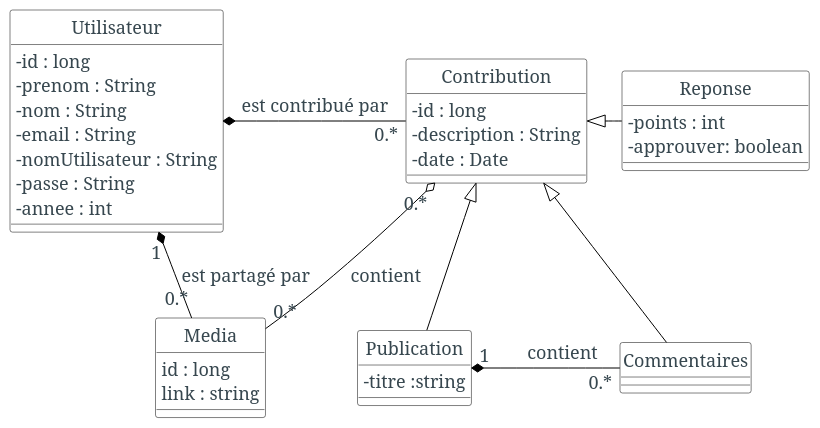
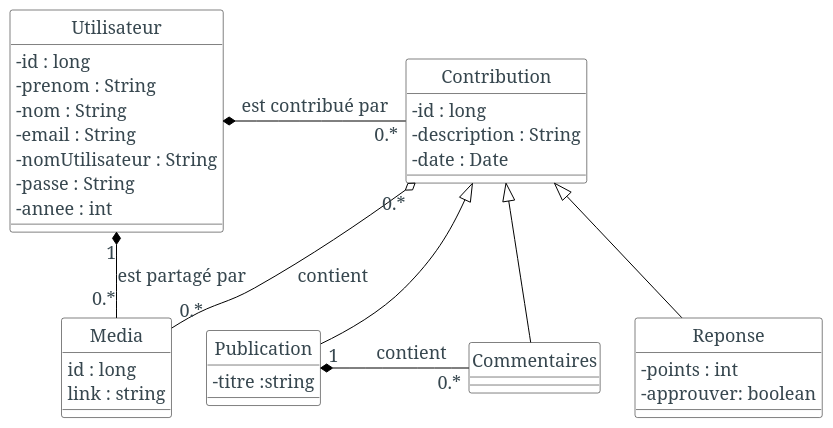
Before and after one commit to assimhabeek/memoire: the diagram in diagrammes/src/class.puml, drawn with PlantUML. The commit also changed 3 other files, not shown here.

```diff
--- a/diagrammes/src/class.puml
+++ b/diagrammes/src/class.puml
@@ -1,55 +1,55 @@
 @startuml
 left to right direction
 skinparam backgroundColor #fff
 skinparam defaultFontColor #37474f
 skinparam defaultFontSize 18
 skinparam defaultFontName serif
 skinparam defaultFontStyle normal
 skinparam classAttributeIconSize 0
 skinparam classBackgroundColor #fff
 skinparam classBorderColor #000
 skinparam classArrowColor #000
 
 hide class circle
 
 class  "Utilisateur"  as user{
 -id : long
 -prenom : String
 -nom : String
 -email : String
 -nomUtilisateur : String
 -passe : String
 -annee : int
 }
 
 class "Contribution" as contribution {
 -id : long
 -description : String
 -date : Date
 }
 
 class "Publication" as post{
 -titre :string
 }
 
 class "Commentaires" as comments
 
 class "Reponse" as response{
 -points : int
 -approuver: boolean
 }
 
 class "Media" as media{
 id : long
 link : string
 }
 
 user  *- "0.*" contribution : est contribué par
 top to bottom direction
 user "1" *-- "0.*" media : est partagé par
 contribution "0.*" o-- "0.*" media : contient
 contribution <|-- post
 contribution <|- comments
-contribution <|- response
+contribution <|-- response
 post "1" *- "0.*" comments :\tcontient\t
 @enduml
```
